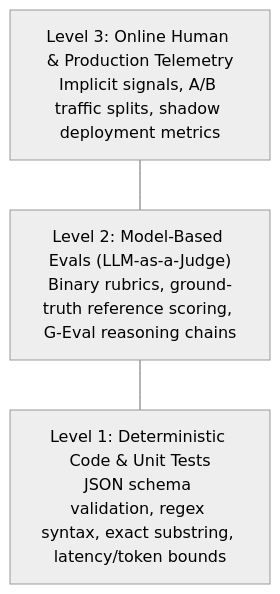
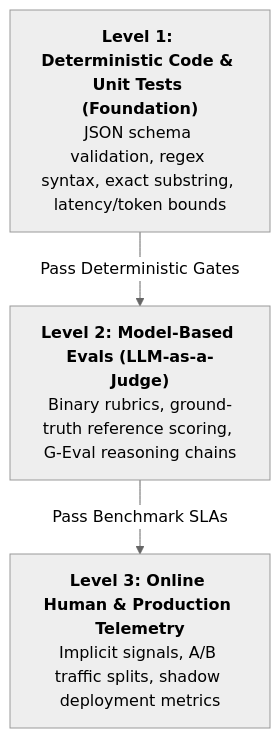
The third of 7 diagrams in 06-evals-and-observability/README.md (dip4k/senior-engineer-to-ai-engineer-roadmap), drawn with Mermaid (neutral theme) before and after one commit. The commit also changed other lines of this file and 39 other files, not shown here.

First line of the commit message:
Enhance use case documentation for Enterprise AI, including new architectural standards and resilience implementations

````diff
--- a/06-evals-and-observability/README.md
+++ b/06-evals-and-observability/README.md
@@ -84,8 +69,9 @@
 ```mermaid
 flowchart TD
-    L3["Level 3: Online Human & Production Telemetry<br/>Implicit signals, A/B traffic splits, shadow deployment metrics"]
-    L2["Level 2: Model-Based Evals (LLM-as-a-Judge)<br/>Binary rubrics, ground-truth reference scoring, G-Eval reasoning chains"]
-    L1["Level 1: Deterministic Code & Unit Tests<br/>JSON schema validation, regex syntax, exact substring, latency/token bounds"]
+    L1["<b>Level 1: Deterministic Code & Unit Tests (Foundation)</b><br/>JSON schema validation, regex syntax, exact substring, latency/token bounds"]
+    L2["<b>Level 2: Model-Based Evals (LLM-as-a-Judge)</b><br/>Binary rubrics, ground-truth reference scoring, G-Eval reasoning chains"]
+    L3["<b>Level 3: Online Human & Production Telemetry</b><br/>Implicit signals, A/B traffic splits, shadow deployment metrics"]
     
-    L3 --- L2 --- L1
+    L1 -->|"Pass Deterministic Gates"| L2
+    L2 -->|"Pass Benchmark SLAs"| L3
 ```
````
